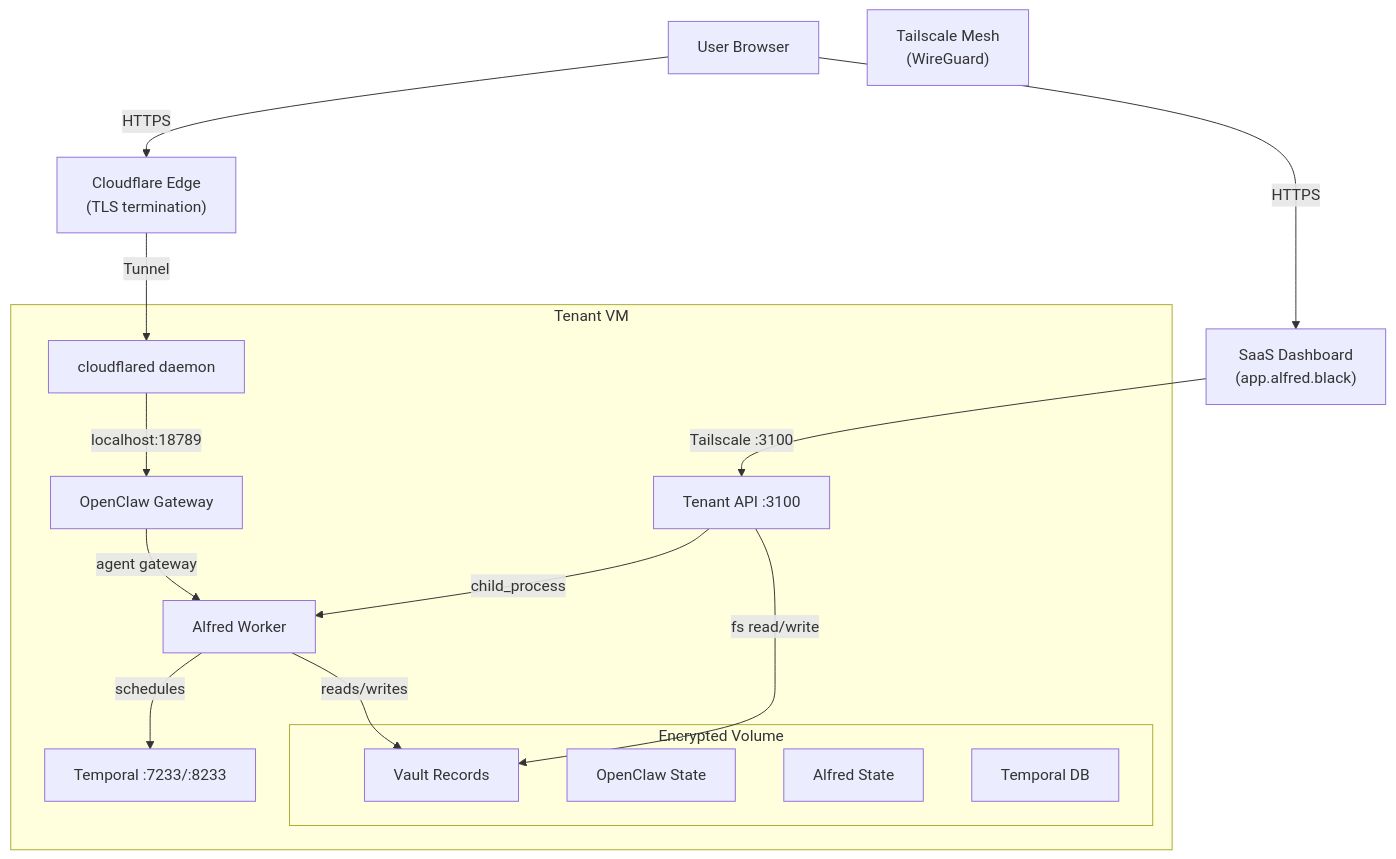
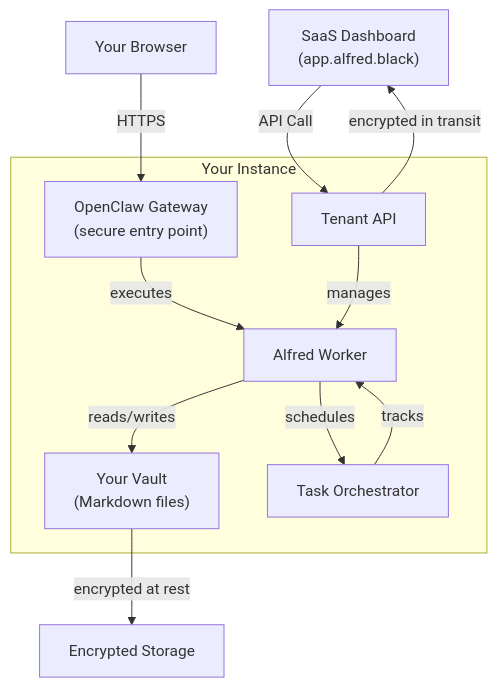
The first of 2 diagrams in architecture.mdx (ssdavidai/alfred-documentation), drawn with Mermaid before and after one commit. The commit also changed other lines of this file and 6 other files, not shown here.

First line of the commit message:
UX/DevX overhaul: quickstart magic moment, recipes, OpenAPI spec

````diff
--- a/architecture.mdx
+++ b/architecture.mdx
@@ -9,33 +11,19 @@
 ```mermaid
 graph TB
-    User["User Browser"]
-    CF["Cloudflare Edge<br/>(TLS termination)"]
-    CFT["cloudflared daemon"]
+    User["Your Browser"]
     SaaS["SaaS Dashboard<br/>(app.alfred.black)"]
-    TS["Tailscale Mesh<br/>(WireGuard)"]
 
-    User -->|HTTPS| CF
-    User -->|HTTPS| SaaS
-    CF -->|Tunnel| CFT
-    SaaS -->|Tailscale :3100| API
+    User -->|HTTPS| Gateway["OpenClaw Gateway<br/>(secure entry point)"]
+    SaaS -->|API Call| TenantAPI["Tenant API"]
 
-    subgraph Tenant VM
-        CFT -->|localhost:18789| OC["OpenClaw Gateway"]
-        API["Tenant API :3100"]
-        Temporal["Temporal :7233/:8233"]
-        Alfred["Alfred Worker"]
+    subgraph "Your Instance"
+        Gateway -->|executes| Worker["Alfred Worker"]
+        TenantAPI -->|manages| Worker
+        Worker -->|reads/writes| Vault["Your Vault<br/>(Markdown files)"]
+        Worker -->|schedules| Temporal["Task Orchestrator"]
+        Temporal -->|tracks| Worker
+    end
 
-        OC -->|agent gateway| Alfred
-        Alfred -->|schedules| Temporal
-        Alfred -->|reads/writes| Vault
-        API -->|child_process| Alfred
-        API -->|fs read/write| Vault
-
-        subgraph Encrypted Volume
-            Vault["Vault Records"]
-            OCData["OpenClaw State"]
-            AlfredData["Alfred State"]
-            TempData["Temporal DB"]
-        end
-    end
+    Vault -->|encrypted at rest| Storage["Encrypted Storage"]
+    TenantAPI -->|encrypted in transit| SaaS
 ```
````
